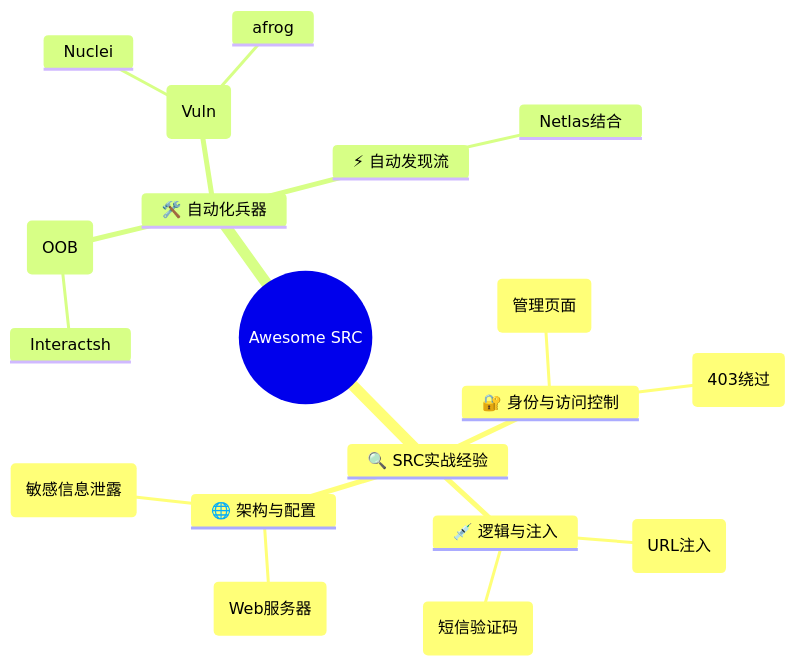
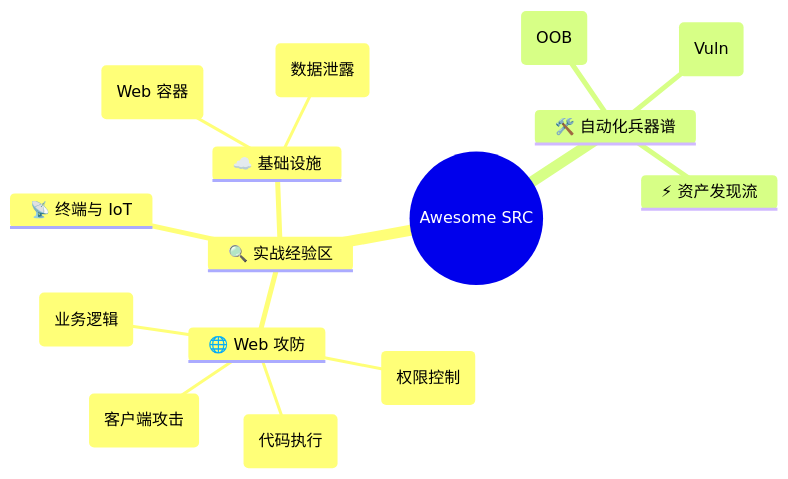
One commit to owl234/Awesome-SRC-experience changed the first of 2 diagrams in README.md. Above: the diagram before and after it, drawn with Mermaid. The commit also changed other lines of this file and 82 other files, not shown here.

````diff
--- a/README.md
+++ b/README.md
@@ -27,22 +30,18 @@
 ```mermaid
 mindmap
   root((Awesome SRC))
-    🔍 SRC实战经验
-      🔐 身份与访问控制
-        403-bypass(403绕过)
-        admin-panels(管理页面)
-      💉 逻辑与注入
-        url-injection(URL注入)
-        sms-verification(短信验证码)
-      🌐 架构与配置
-        web-servers(Web服务器)
-        info-leak(敏感信息泄露)
-    🛠️ 自动化兵器
-      🛰️ 带外平台 (OOB)
-        Interactsh
-      🔭 漏扫利器 (Vuln)
-        Nuclei
-        afrog
-      ⚡ 自动发现流
-        Netlas结合
+    🔍 实战经验区
+      🌐 Web 攻防
+        access-control(权限控制)
+        logic-flaw(业务逻辑)
+        rce(代码执行)
+        xss(客户端攻击)
+      ☁️ 基础设施
+        web-servers(Web 容器)
+        info-leak(数据泄露)
+      📡 终端与 IoT
+    🛠️ 自动化兵器谱
+      🔭 漏扫引擎 (Vuln)
+      🛰️ 带外探测 (OOB)
+      ⚡ 资产发现流
 ```
````
